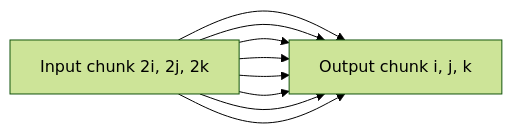
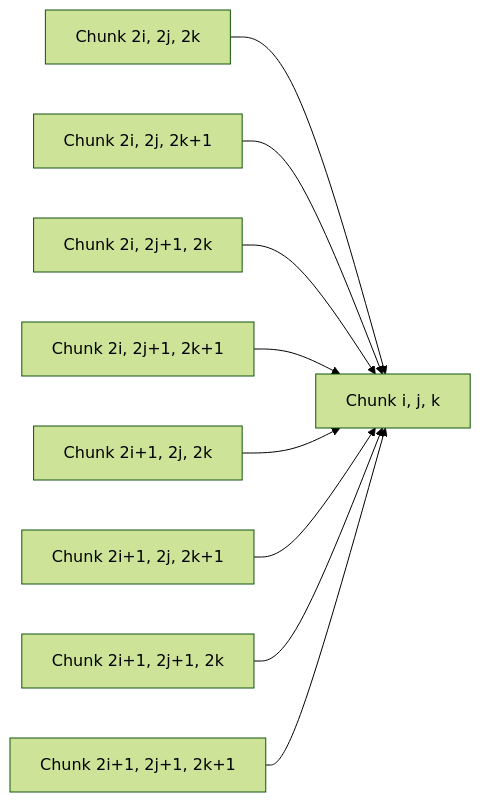
One commit to HEFTIEProject/heftie-textbook changed the second of 3 diagrams in book/4-processing.md. Above: the diagram before and after it, drawn with Mermaid (forest theme). The commit also changed other lines of this file, not shown here.

````diff
--- a/book/4-processing.md
+++ b/book/4-processing.md
@@ -177,14 +219,22 @@
 ```{mermaid}
     flowchart LR
-        input_i --> output_i
-        input_i --> output_i
-        input_i --> output_i
-        input_i --> output_i
-        input_i --> output_i
-        input_i --> output_i
-        input_i --> output_i
-        input_i --> output_i
+        input_1 --> output_i
+        input_2 --> output_i
+        input_3 --> output_i
+        input_4 --> output_i
+        input_5 --> output_i
+        input_6 --> output_i
+        input_7 --> output_i
+        input_8 --> output_i
 
-        output_i["Output chunk i, j, k"]
-        input_i["Input chunk 2i, 2j, 2k"]
+        output_i["Chunk i, j, k"]
+        
+        input_1["Chunk 2i, 2j, 2k"]
+        input_2["Chunk 2i, 2j, 2k+1"]
+        input_3["Chunk 2i, 2j+1, 2k"]
+        input_4["Chunk 2i, 2j+1, 2k+1"]
+        input_5["Chunk 2i+1, 2j, 2k"]
+        input_6["Chunk 2i+1, 2j, 2k+1"]
+        input_7["Chunk 2i+1, 2j+1, 2k"]
+        input_8["Chunk 2i+1, 2j+1, 2k+1"]
 ```
````
